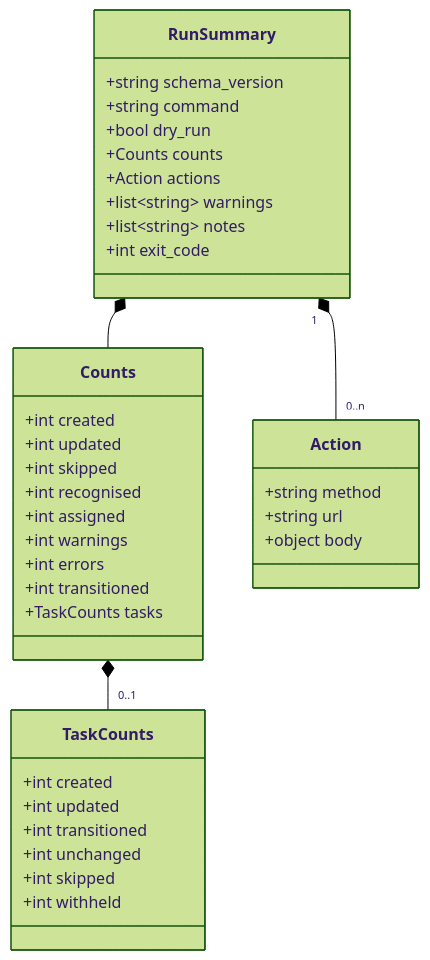
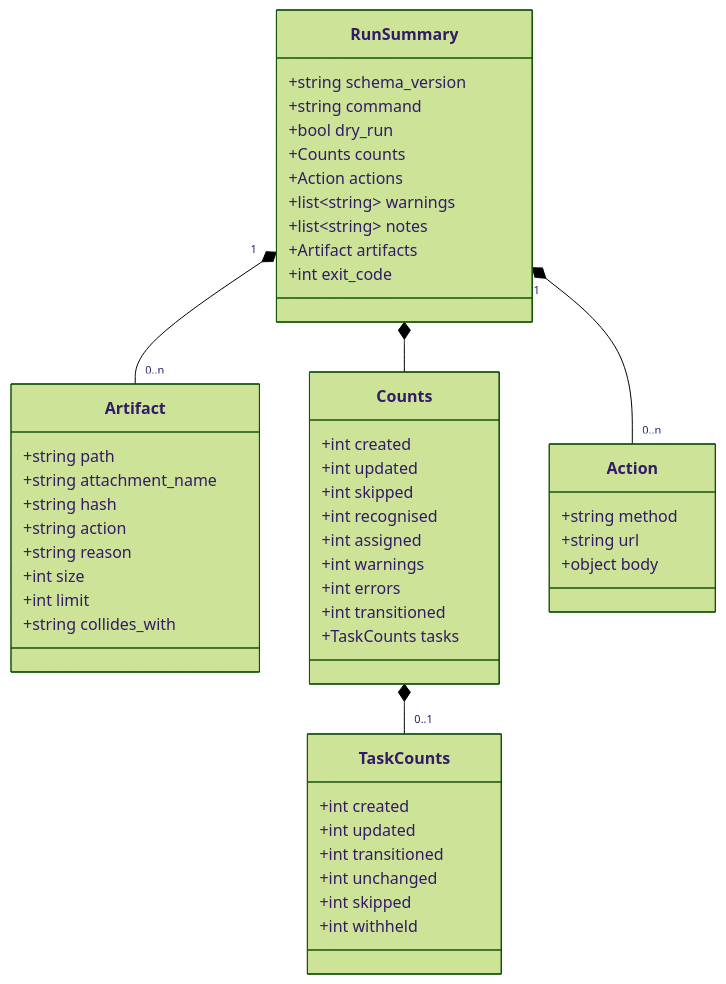
The sixth of 6 diagrams in docs/05-reconcile-flow.md (Fyloss/spec-kit-jira), drawn with Mermaid (forest theme) before and after one commit. The commit also changed other lines of this file and 121 other files, not shown here.

````diff
--- a/docs/05-reconcile-flow.md
+++ b/docs/05-reconcile-flow.md
@@ -374,45 +420,58 @@
 ```mermaid
 classDiagram
     class RunSummary {
         +string schema_version
         +string command
         +bool dry_run
         +Counts counts
         +Action actions
         +list~string~ warnings
         +list~string~ notes
+        +Artifact artifacts
         +int exit_code
+    }
+
+    class Artifact {
+        +string path
+        +string attachment_name
+        +string hash
+        +string action
+        +string reason
+        +int size
+        +int limit
+        +string collides_with
     }
 
     class Counts {
         +int created
         +int updated
         +int skipped
         +int recognised
         +int assigned
         +int warnings
         +int errors
         +int transitioned
         +TaskCounts tasks
     }
 
     class TaskCounts {
         +int created
         +int updated
         +int transitioned
         +int unchanged
         +int skipped
         +int withheld
     }
 
     Counts *-- "0..1" TaskCounts
 
     class Action {
         +string method
         +string url
         +object body
     }
 
     RunSummary *-- Counts
     RunSummary "1" *-- "0..n" Action
+    RunSummary "1" *-- "0..n" Artifact
 ```
````
